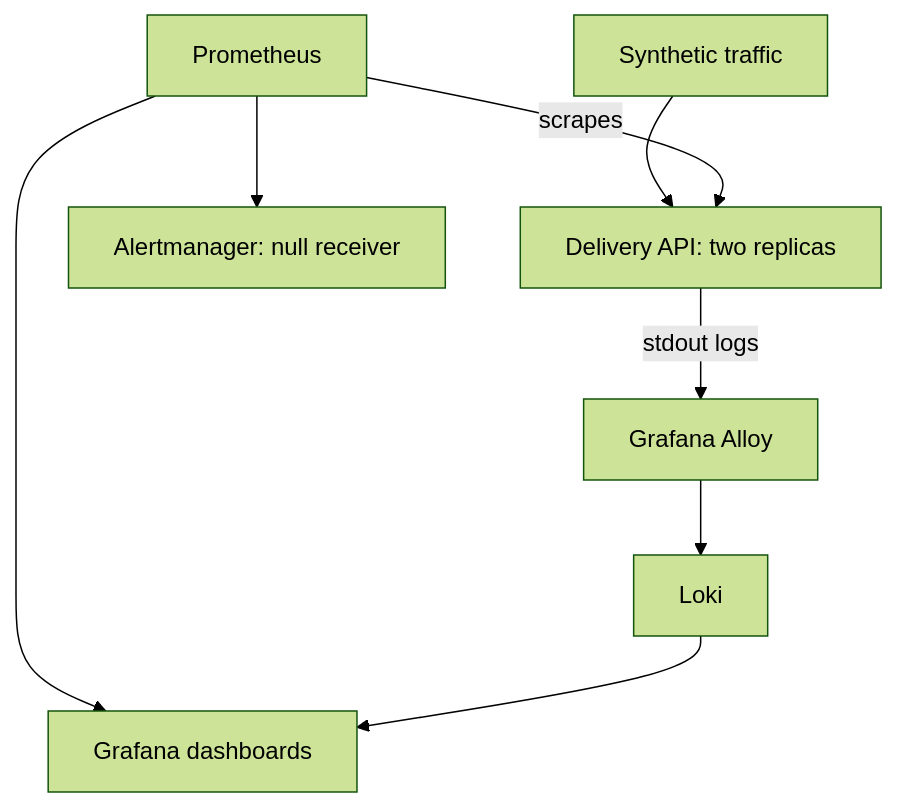
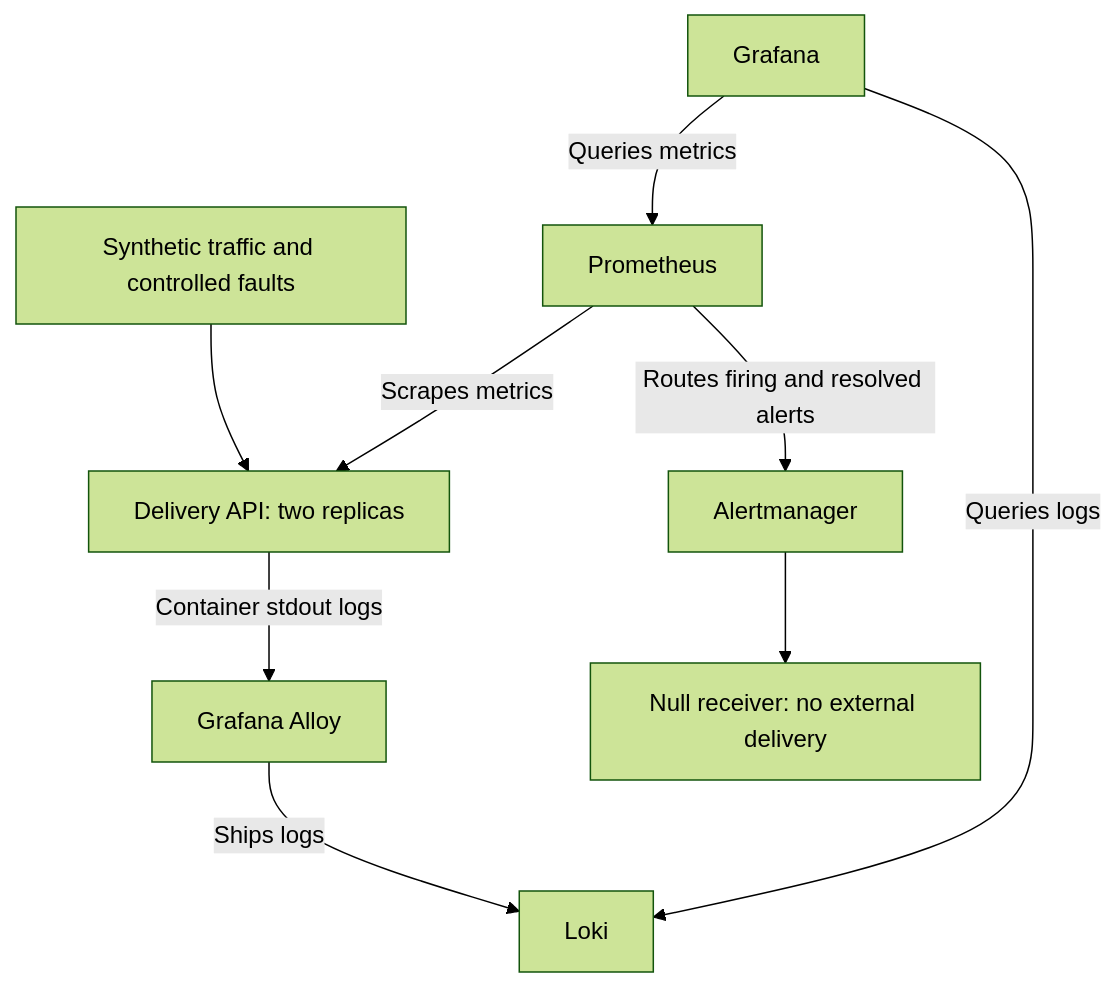
The diagram in README.md (niks6996/logistics-observability), drawn with Mermaid (forest theme) before and after one commit. The commit also changed other lines of this file, not shown here.

Commit message:
docs: clarify observability architecture and incident validation

````diff
--- a/README.md
+++ b/README.md
@@ -21,10 +27,11 @@
 ```mermaid
 flowchart TD
-  T["Synthetic traffic"] --> A["Delivery API: two replicas"]
-  P["Prometheus"] -->|scrapes| A
-  A -->|stdout logs| C["Grafana Alloy"]
-  C --> L["Loki"]
-  P --> G["Grafana dashboards"]
-  L --> G
-  P --> M["Alertmanager: null receiver"]
+    T["Synthetic traffic and controlled faults"] --> A["Delivery API: two replicas"]
+    P["Prometheus"] -->|Scrapes metrics| A
+    A -->|Container stdout logs| C["Grafana Alloy"]
+    C -->|Ships logs| L["Loki"]
+    G["Grafana"] -->|Queries metrics| P
+    G -->|Queries logs| L
+    P -->|Routes firing and resolved alerts| M["Alertmanager"]
+    M --> N["Null receiver: no external delivery"]
 ```
````
